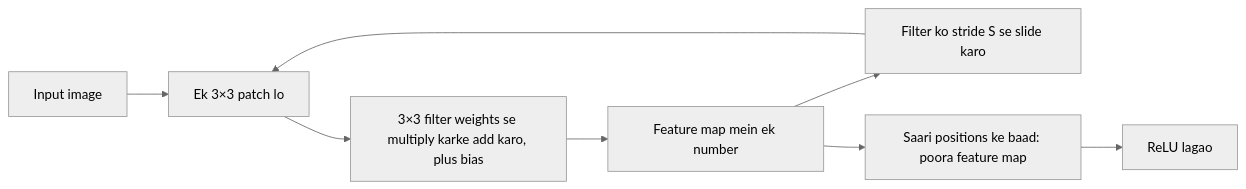
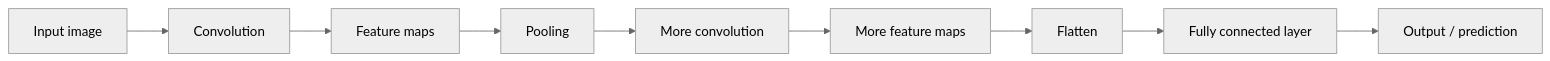
The first of 4 diagrams in content/deep-learning/notes/cnn.hi.mdx (TrendySloth1001/sem-seven-notes), drawn with Mermaid (neutral theme) before and after one commit. The commit also changed other lines of this file and 23 other files, not shown here.

Commit message:
Rewrite the CNN note and two CNN answers from the teachers' Chapter 4 slides and Module 4 notes. They keep the teacher's definitions and 18 of their figures, cite only class files, and correct ten slide errors.

````diff
--- a/content/deep-learning/notes/cnn.hi.mdx
+++ b/content/deep-learning/notes/cnn.hi.mdx
@@ -82,11 +46,12 @@
 ```mermaid
-%% caption: Ek convolution step. Filter ek chhota patch cover karta hai, multiply karke add karta hai, aur feature map mein ek number likhta hai. Phir agle patch pe slide karke same weights se yahi karta hai.
+%% caption: CNN ka simple idea, jaise teacher draw karte hain. Convolution aur pooling steps features dhundte hain; flatten aur fully connected layer decision lete hain.
 flowchart LR
-  A["Input image"] --> B["Ek 3×3 patch lo"]
-  B --> C["3×3 filter weights se multiply karke add karo, plus bias"]
-  C --> D["Feature map mein ek number"]
-  D --> E["Filter ko stride S se slide karo"]
-  E --> B
-  D --> F["Saari positions ke baad: poora feature map"]
-  F --> G["ReLU lagao"]
+  A["Input image"] --> B["Convolution"]
+  B --> C["Feature maps"]
+  C --> D["Pooling"]
+  D --> E["More convolution"]
+  E --> F["More feature maps"]
+  F --> G["Flatten"]
+  G --> H["Fully connected layer"]
+  H --> I["Output / prediction"]
 ```
````
